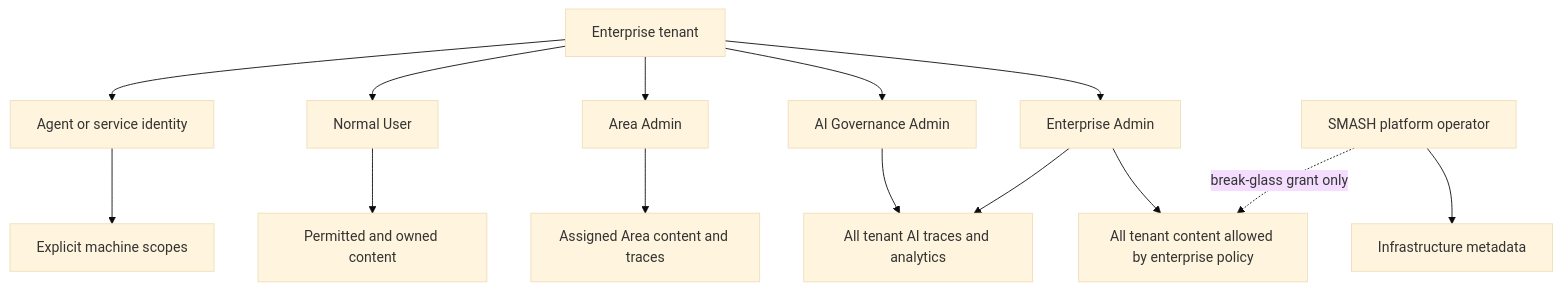
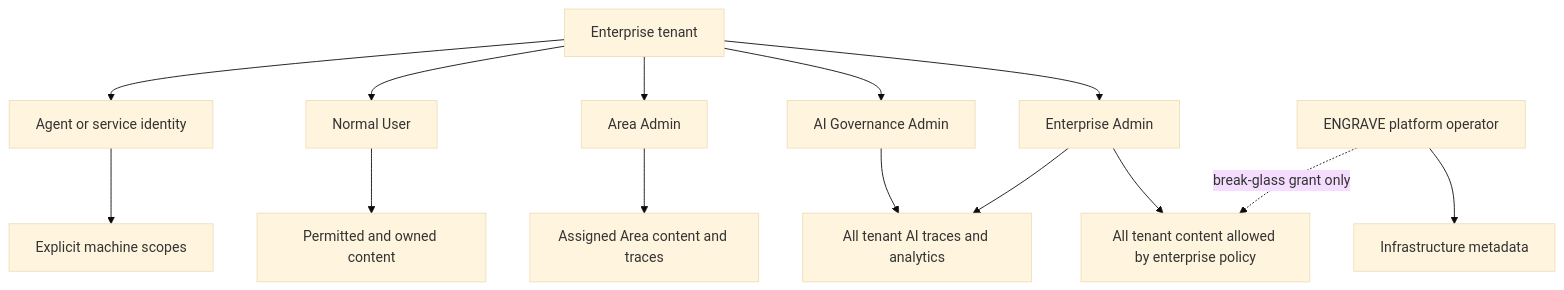
Before and after one commit to ebrahimisoheil/smash: diagram 15 of 16 in V2/docs/roadmap/23-diagrams.md, drawn with Mermaid (base theme). The commit also changed other lines of this file and 65 other files, not shown here.

````diff
--- a/V2/docs/roadmap/23-diagrams.md
+++ b/V2/docs/roadmap/23-diagrams.md
@@ -463,31 +463,31 @@
 ```mermaid
 flowchart TD
     Tenant[Enterprise tenant]
     EnterpriseAdmin[Enterprise Admin]
     Governance[AI Governance Admin]
     AreaAdmin[Area Admin]
     User[Normal User]
     Agent[Agent or service identity]
-    PlatformOperator[SMASH platform operator]
+    PlatformOperator[ENGRAVE platform operator]
 
     AllContent[All tenant content allowed by enterprise policy]
     AllTraces[All tenant AI traces and analytics]
     AreaContent[Assigned Area content and traces]
     UserContent[Permitted and owned content]
     ScopedTools[Explicit machine scopes]
     Infrastructure[Infrastructure metadata]
 
     Tenant --> EnterpriseAdmin
     Tenant --> Governance
     Tenant --> AreaAdmin
     Tenant --> User
     Tenant --> Agent
     EnterpriseAdmin --> AllContent
     EnterpriseAdmin --> AllTraces
     Governance --> AllTraces
     AreaAdmin --> AreaContent
     User --> UserContent
     Agent --> ScopedTools
     PlatformOperator --> Infrastructure
     PlatformOperator -. break-glass grant only .-> AllContent
 ```
````
